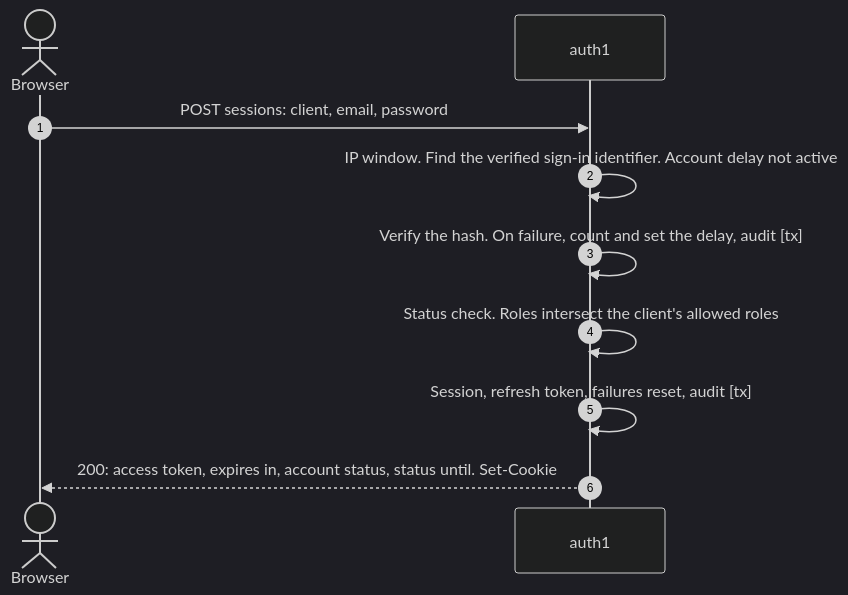
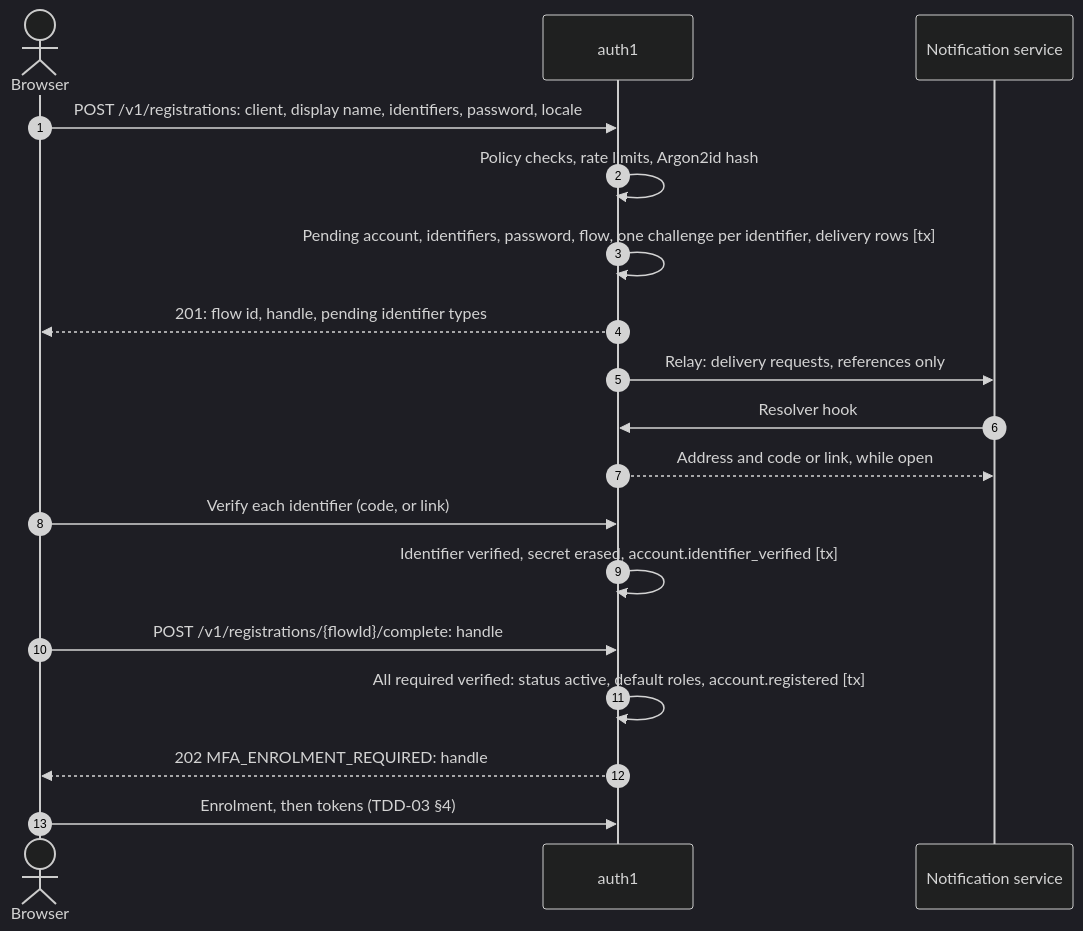
Before and after one commit to arafat-hasan/auth1: the sixth of 8 diagrams in docs/design.md, drawn with Mermaid (dark theme). The commit also changed other lines of this file and 13 other files, not shown here.

````diff
--- a/docs/design.md
+++ b/docs/design.md
@@ -803,12 +882,20 @@
 ```mermaid
 sequenceDiagram
   autonumber
   actor B as Browser
   participant A as auth1
-  B->>A: POST sessions: client, email, password
-  A->>A: IP window. Find the verified sign-in identifier. Account delay not active
-  A->>A: Verify the hash. On failure, count and set the delay, audit [tx]
-  A->>A: Status check. Roles intersect the client's allowed roles
-  A->>A: Session, refresh token, failures reset, audit [tx]
-  A-->>B: 200: access token, expires in, account status, status until. Set-Cookie
+  participant N as Notification service
+  B->>A: POST /v1/registrations: client, display name, identifiers, password, locale
+  A->>A: Policy checks, rate limits, Argon2id hash
+  A->>A: Pending account, identifiers, password, flow, one challenge per identifier, delivery rows [tx]
+  A-->>B: 201: flow id, handle, pending identifier types
+  A->>N: Relay: delivery requests, references only
+  N->>A: Resolver hook
+  A-->>N: Address and code or link, while open
+  B->>A: Verify each identifier (code, or link)
+  A->>A: Identifier verified, secret erased, account.identifier_verified [tx]
+  B->>A: POST /v1/registrations/{flowId}/complete: handle
+  A->>A: All required verified: status active, default roles, account.registered [tx]
+  A-->>B: 202 MFA_ENROLMENT_REQUIRED: handle
+  B->>A: Enrolment, then tokens (TDD-03 §4)
 ```
````
